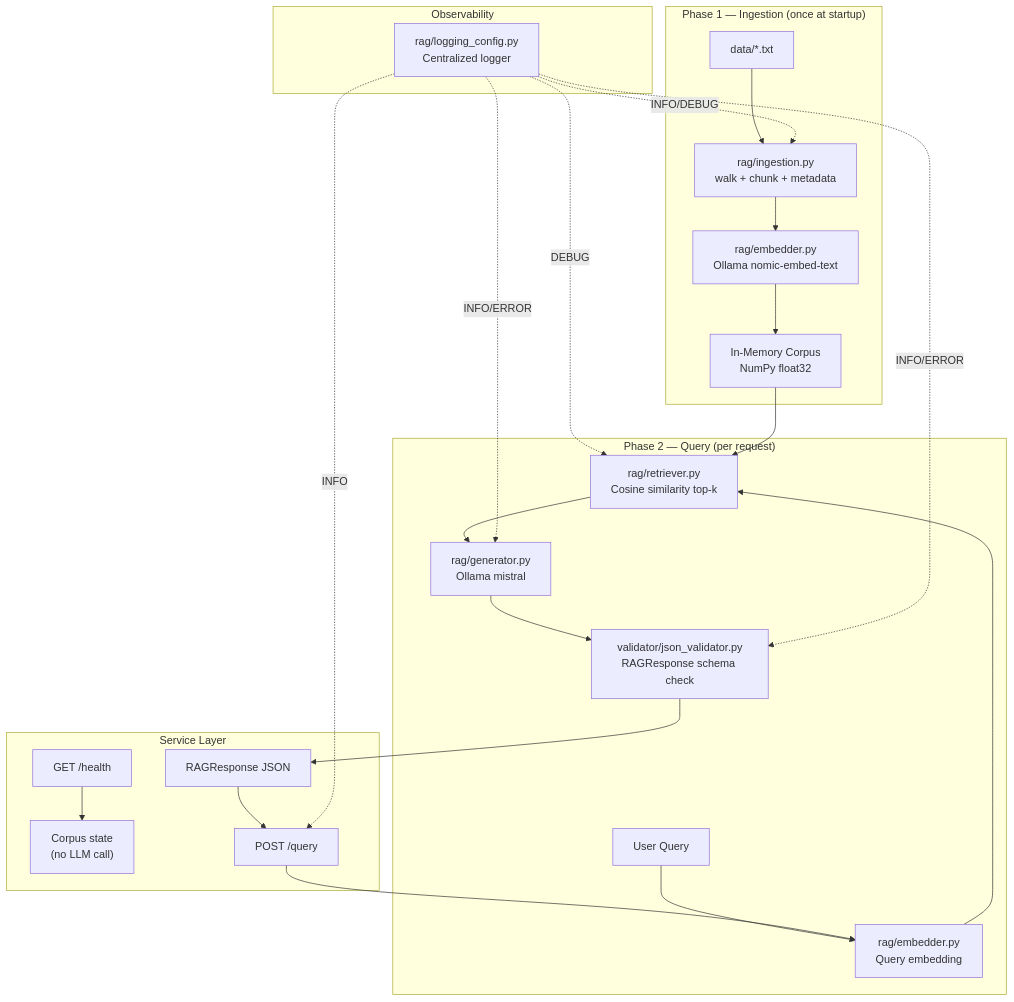
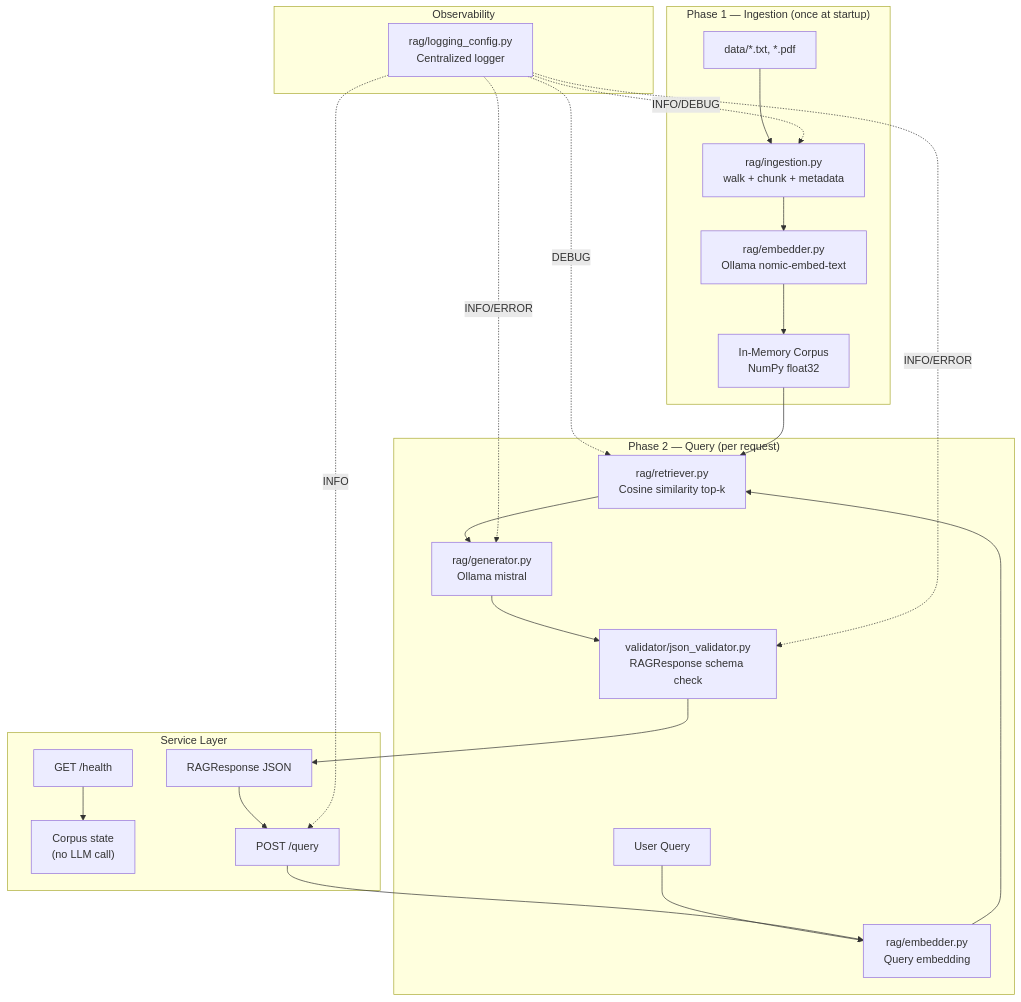
One commit to pavann19/enterprise-rag-system changed the diagram in README.md. Above: the diagram before and after it, drawn with Mermaid. The commit also changed other lines of this file and 6 other files, not shown here.

````diff
--- a/README.md
+++ b/README.md
@@ -14,33 +14,33 @@
 ```mermaid
 graph TD
     subgraph Ingestion ["Phase 1 — Ingestion (once at startup)"]
-        A["data/*.txt"] --> B["rag/ingestion.py\nwalk + chunk + metadata"]
+        A["data/*.txt, *.pdf"] --> B["rag/ingestion.py\nwalk + chunk + metadata"]
         B --> C["rag/embedder.py\nOllama nomic-embed-text"]
         C --> D["In-Memory Corpus\nNumPy float32"]
     end
 
     subgraph Query ["Phase 2 — Query (per request)"]
         E["User Query"] --> F["rag/embedder.py\nQuery embedding"]
         F --> G["rag/retriever.py\nCosine similarity top-k"]
         G --> H["rag/generator.py\nOllama mistral"]
         H --> I["validator/json_validator.py\nRAGResponse schema check"]
     end
 
     subgraph ServiceLayer ["Service Layer"]
         J["GET /health"] --> K["Corpus state\n(no LLM call)"]
         L["POST /query"] --> F
         I --> M["RAGResponse JSON"]
         M --> L
     end
 
     subgraph Observability ["Observability"]
         N["rag/logging_config.py\nCentralized logger"]
         N -.->|INFO/DEBUG| B
         N -.->|DEBUG| G
         N -.->|INFO/ERROR| H
         N -.->|INFO/ERROR| I
         N -.->|INFO| L
     end
 
     D --> G
 ```
````
